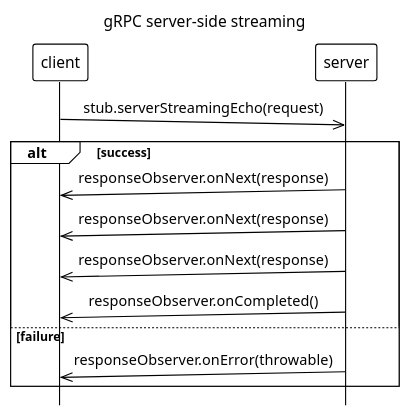
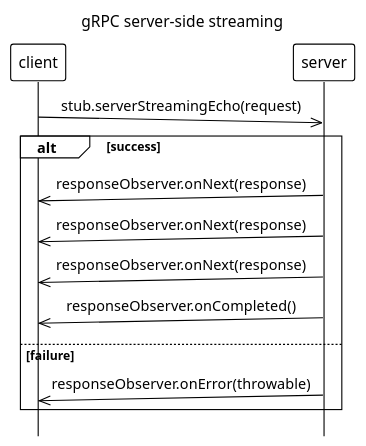
Before and after one commit to c0p4c4b4n4/grpc-grpc-java: the diagram in images/gRPC_server_side_streaming.puml, drawn with PlantUML. The commit also changed 3 other files, not shown here.

```diff
--- a/images/gRPC_server_side_streaming.puml
+++ b/images/gRPC_server_side_streaming.puml
@@ -1,23 +1,24 @@
 @startuml
+!pragma teoz true
 !theme mono
 scale 1.1
 hide footbox
 title gRPC server-side streaming
 skinparam TitleFontStyle plain
 skinparam TitleFontSize 14
 skinparam sequenceMessageAlign center
 
 participant client
 participant server
 
 client ->>(5) server: stub.serverStreamingEcho(request)
 
 alt success
     server ->>(5) client: responseObserver.onNext(response)
     server ->>(5) client: responseObserver.onNext(response)
     server ->>(5) client: responseObserver.onNext(response)
     server ->>(5) client: responseObserver.onCompleted()
 else failure
     server ->>(5) client: responseObserver.onError(throwable)
 end
 @enduml
```
